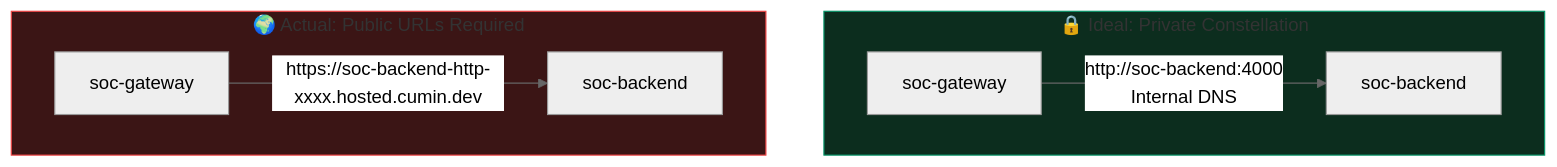
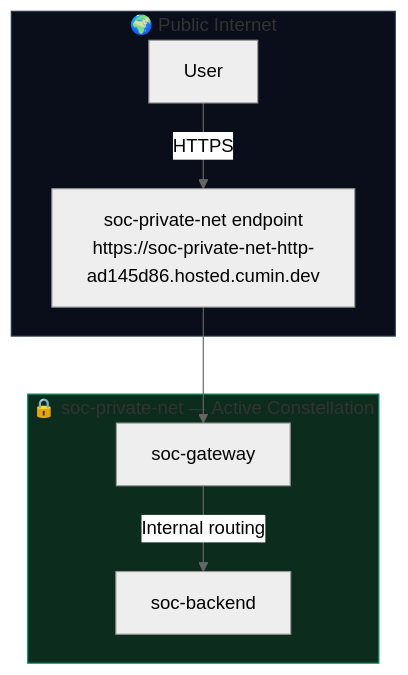
Before and after one commit to ZiadMahmoud2003/cumin-soc: the seventh of 13 diagrams in docs/REPORT.md, drawn with Mermaid (neutral theme). The commit also changed other lines of this file and 2 other files, not shown here.

````diff
--- a/docs/REPORT.md
+++ b/docs/REPORT.md
@@ -373,12 +395,12 @@
 ```mermaid
 graph TD
-    subgraph PRIV["🔒 Ideal: Private Constellation"]
-        GW2["soc-gateway"] -->|"http://soc-backend:4000\nInternal DNS"| BE2["soc-backend"]
+    subgraph CONST["🔒 soc-private-net — Active Constellation"]
+        GW["soc-gateway"] -->|"Internal routing"| BE["soc-backend"]
     end
-    subgraph PUB["🌍 Actual: Public URLs Required"]
-        GW3["soc-gateway"] -->|"https://soc-backend-http-xxxx.hosted.cumin.dev"| BE3["soc-backend"]
+    subgraph PUB["🌍 Public Internet"]
+        User["User"] -->|"HTTPS"| EP["soc-private-net endpoint\nhttps://soc-private-net-http-ad145d86.hosted.cumin.dev"]
+        EP --> GW
     end
-
-    style PRIV fill:#0c2d1e,stroke:#059669
-    style PUB fill:#3b1515,stroke:#ef4444
+    style CONST fill:#0c2d1e,stroke:#059669
+    style PUB fill:#0a0e1a,stroke:#2d3748
 ```
````
